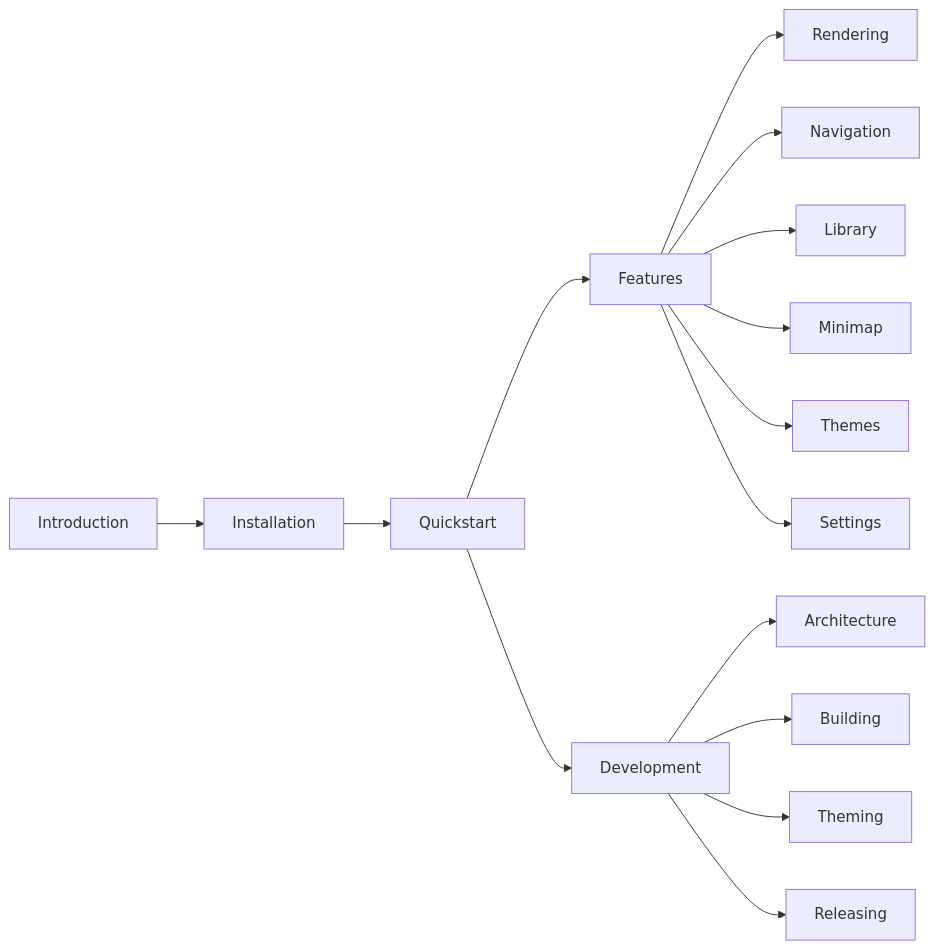
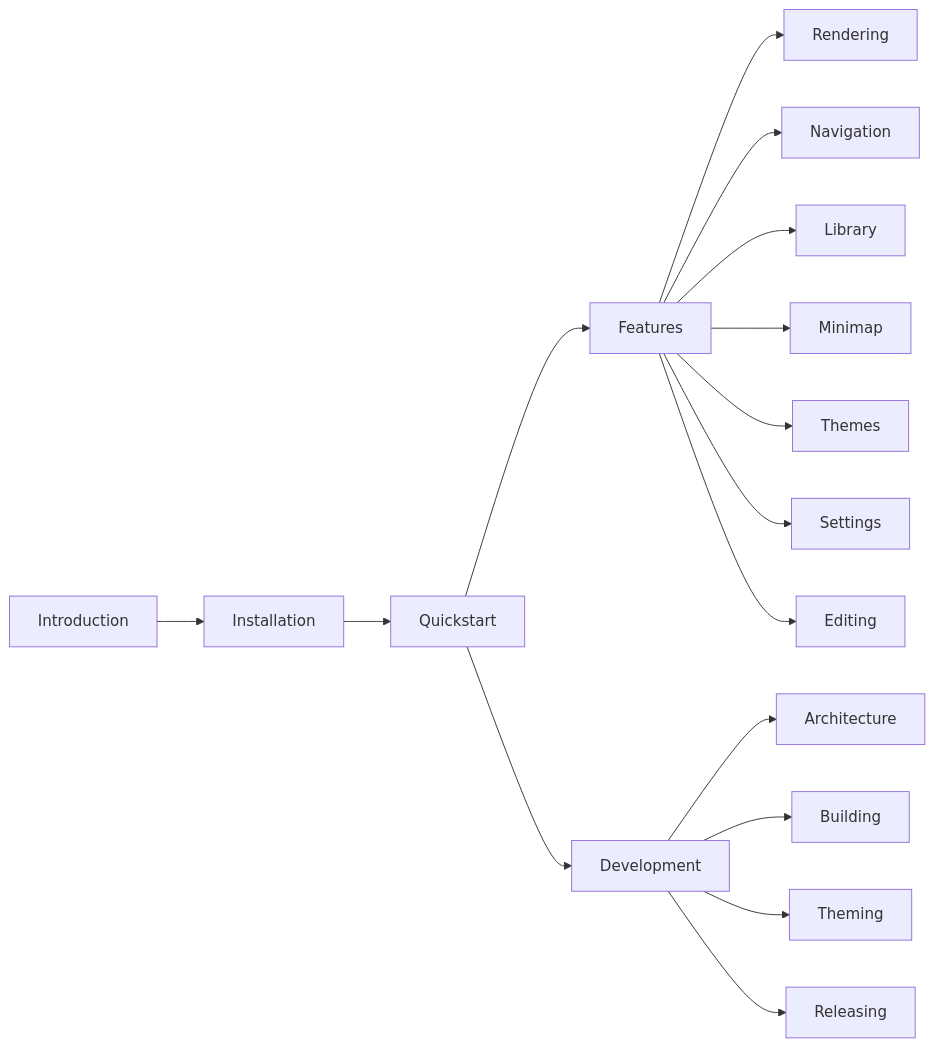
Before and after one commit to ryanallen/leaftext: the diagram in docs/README.md, drawn with Mermaid. The commit also changed other lines of this file and 23 other files, not shown here.

````diff
--- a/docs/README.md
+++ b/docs/README.md
@@ -9,17 +9,18 @@
 ```mermaid
 flowchart LR
     A[Introduction] --> B[Installation]
     B --> C[Quickstart]
     C --> D[Features]
     D --> E[Rendering]
     D --> F[Navigation]
     D --> G[Library]
     D --> H[Minimap]
     D --> I[Themes]
     D --> J[Settings]
+    D --> P[Editing]
     C --> K[Development]
     K --> L[Architecture]
     K --> M[Building]
     K --> N[Theming]
     K --> O[Releasing]
 ```
````
